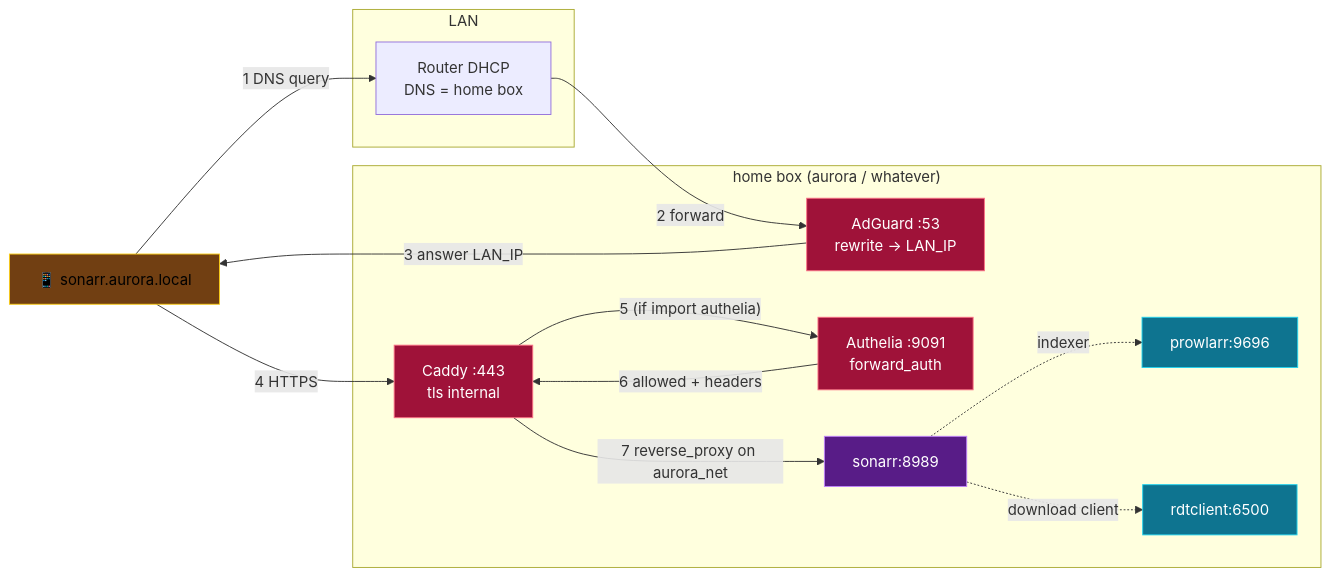
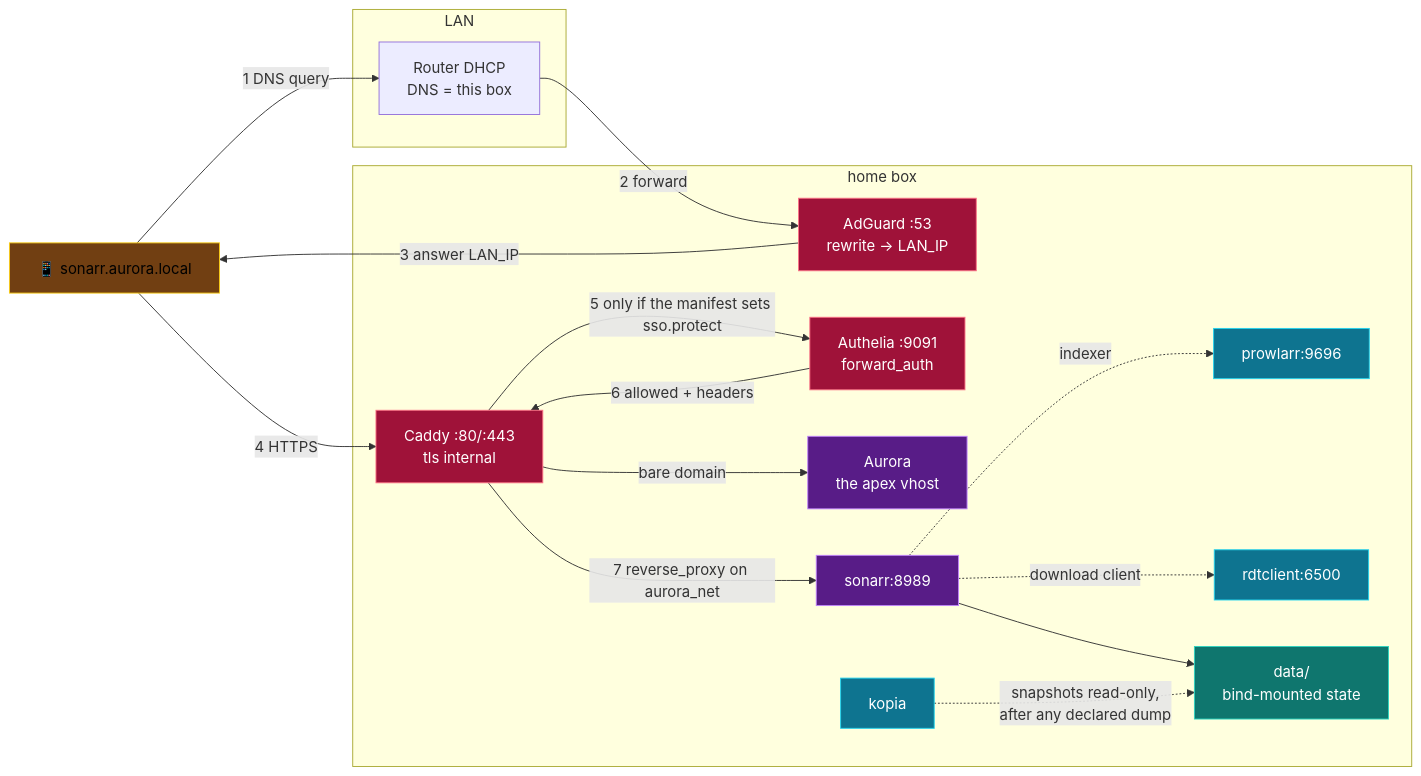
Before and after one commit to tomaytotomato/aurora.local: the third of 4 diagrams in docs/ARCHITECTURE.md, drawn with Mermaid. The commit also changed other lines of this file, not shown here.

First paragraph of the commit message:
docs: fold the runtime diagram into the request-flow section
Both diagrams now live in docs/ARCHITECTURE.md: the control plane went in
as §4 with the previous commit, and this puts the runtime view where it
belongs rather than beside a near-duplicate.

````diff
--- a/docs/ARCHITECTURE.md
+++ b/docs/ARCHITECTURE.md
@@ -194,37 +194,45 @@
 ```mermaid
 graph LR
     classDef client fill:#713f12,stroke:#facc15,color:#000
     classDef edge fill:#9f1239,stroke:#fb7185,color:#fff
     classDef app fill:#581c87,stroke:#c084fc,color:#fff
     classDef backend fill:#0e7490,stroke:#22d3ee,color:#fff
+    classDef data fill:#0f766e,stroke:#2dd4bf,color:#fff
 
     Phone["📱 sonarr.aurora.local"]
 
     subgraph LAN
-        Router[Router DHCP<br/>DNS = home box]
+        Router[Router DHCP<br/>DNS = this box]
     end
 
-    subgraph HomeBox["home box (aurora / whatever)"]
+    subgraph HomeBox["home box"]
         AG["AdGuard :53<br/>rewrite → LAN_IP"]
-        Cad["Caddy :443<br/>tls internal"]
+        Cad["Caddy :80/:443<br/>tls internal"]
         Aut["Authelia :9091<br/>forward_auth"]
+        Aurora["Aurora<br/>the apex vhost"]
         Son["sonarr:8989"]
         Prow["prowlarr:9696"]
         Rdt["rdtclient:6500"]
+        Kopia["kopia"]
+        Data["data/<br/>bind-mounted state"]
     end
 
     Phone -->|"1 DNS query"| Router
     Router -->|"2 forward"| AG
     AG -->|"3 answer LAN_IP"| Phone
     Phone -->|"4 HTTPS"| Cad
-    Cad -->|"5 (if import authelia)"| Aut
+    Cad -->|"5 only if the manifest sets sso.protect"| Aut
     Aut -->|"6 allowed + headers"| Cad
     Cad -->|"7 reverse_proxy on aurora_net"| Son
+    Cad -->|"bare domain"| Aurora
     Son -.->|indexer| Prow
     Son -.->|download client| Rdt
+    Son --> Data
+    Kopia -.->|"snapshots read-only,<br/>after any declared dump"| Data
 
     class Phone client
     class AG,Cad,Aut edge
-    class Son app
-    class Prow,Rdt backend
+    class Son,Aurora app
+    class Prow,Rdt,Kopia backend
+    class Data data
 ```
````
